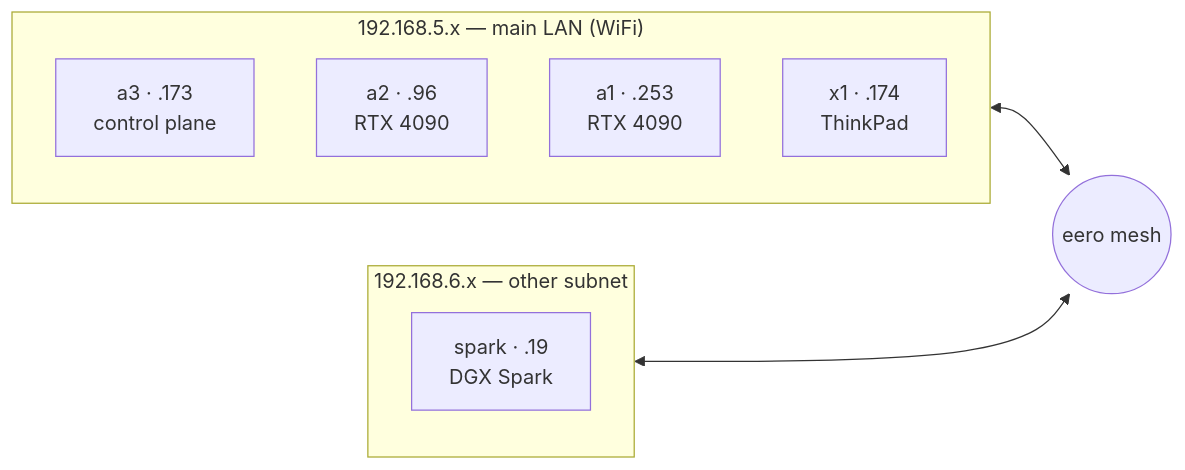
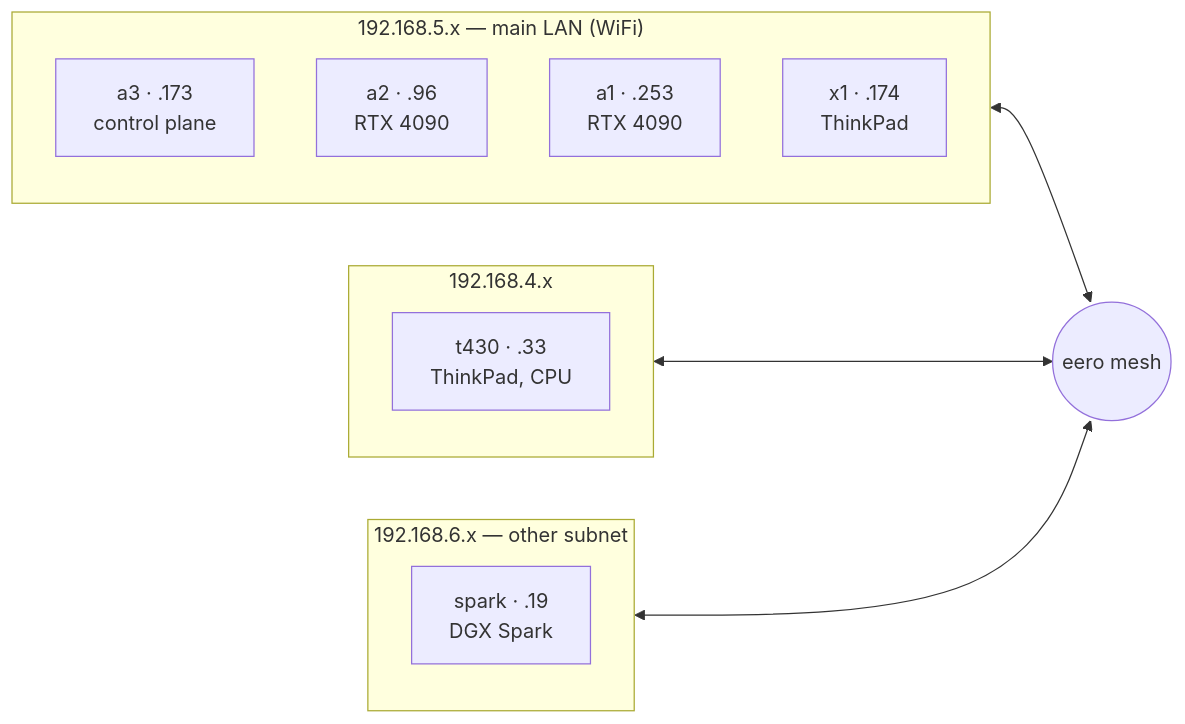
One commit to briancaffey/home-lab changed the diagram in docs-site/docs/hardware/nodes.md. Above: the diagram before and after it, drawn with Mermaid. The commit also changed other lines of this file and 15 other files, not shown here.

````diff
--- a/docs-site/docs/hardware/nodes.md
+++ b/docs-site/docs/hardware/nodes.md
@@ -21,14 +22,18 @@
 ```mermaid
 flowchart LR
   subgraph lan["192.168.5.x — main LAN (WiFi)"]
     a3["a3 · .173<br/>control plane"]
     a2["a2 · .96<br/>RTX 4090"]
     a1["a1 · .253<br/>RTX 4090"]
     x1["x1 · .174<br/>ThinkPad"]
   end
+  subgraph lan4["192.168.4.x"]
+    t430["t430 · .33<br/>ThinkPad, CPU"]
+  end
   subgraph lan6["192.168.6.x — other subnet"]
     spark["spark · .19<br/>DGX Spark"]
   end
   lan <--> router(("eero mesh"))
+  lan4 <--> router
   lan6 <--> router
 ```
````
